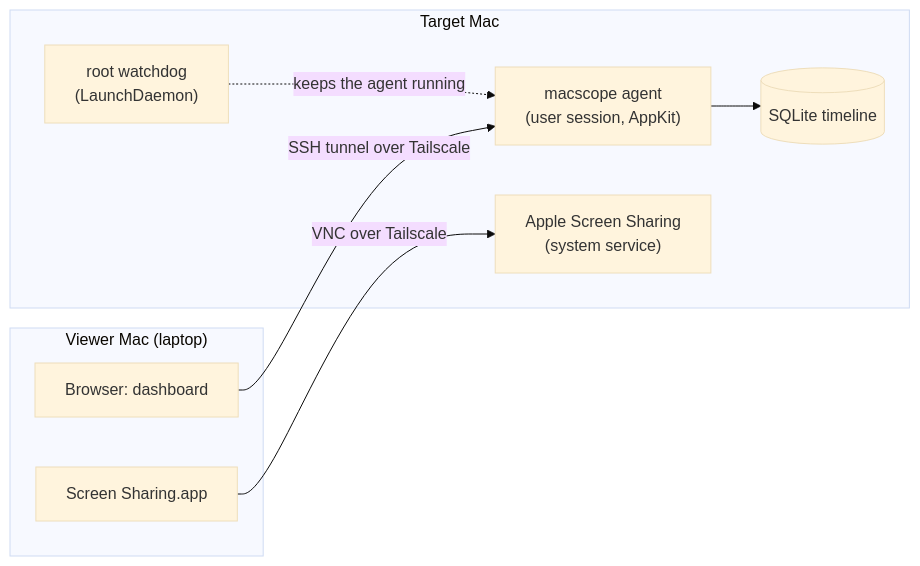
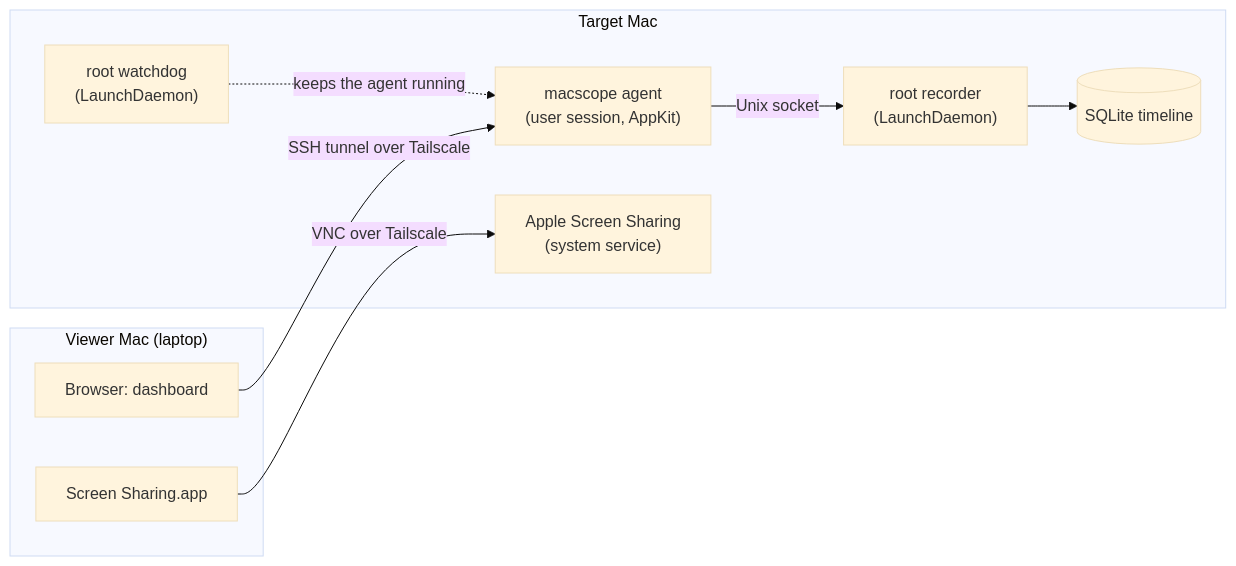
One commit to rene404/tidemark changed the diagram in README.md. Above: the diagram before and after it, drawn with Mermaid (base theme). The commit also changed other lines of this file and 10 other files, not shown here.

````diff
--- a/README.md
+++ b/README.md
@@ -21,17 +21,19 @@
 ```mermaid
 flowchart LR
     subgraph Viewer["Viewer Mac (laptop)"]
       B["Browser: dashboard"]
       SS["Screen Sharing.app"]
     end
     subgraph Target["Target Mac"]
       A["macscope agent<br/>(user session, AppKit)"]
+      R["root recorder<br/>(LaunchDaemon)"]
       DB[("SQLite timeline")]
       W["root watchdog<br/>(LaunchDaemon)"]
       ARD["Apple Screen Sharing<br/>(system service)"]
     end
     B -- "SSH tunnel over Tailscale" --> A
-    A --> DB
+    A -- "Unix socket" --> R
+    R --> DB
     W -. "keeps the agent running" .-> A
     SS -- "VNC over Tailscale" --> ARD
 ```
````
